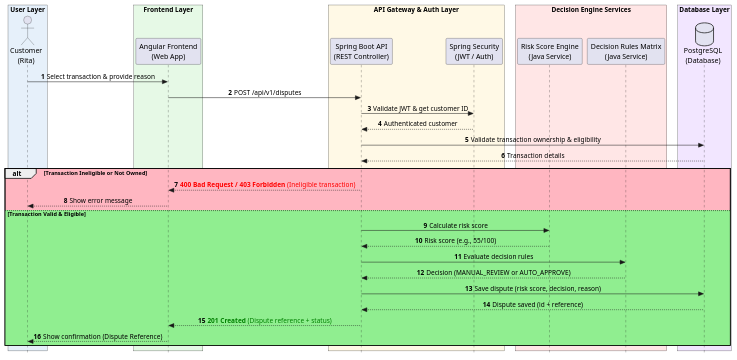
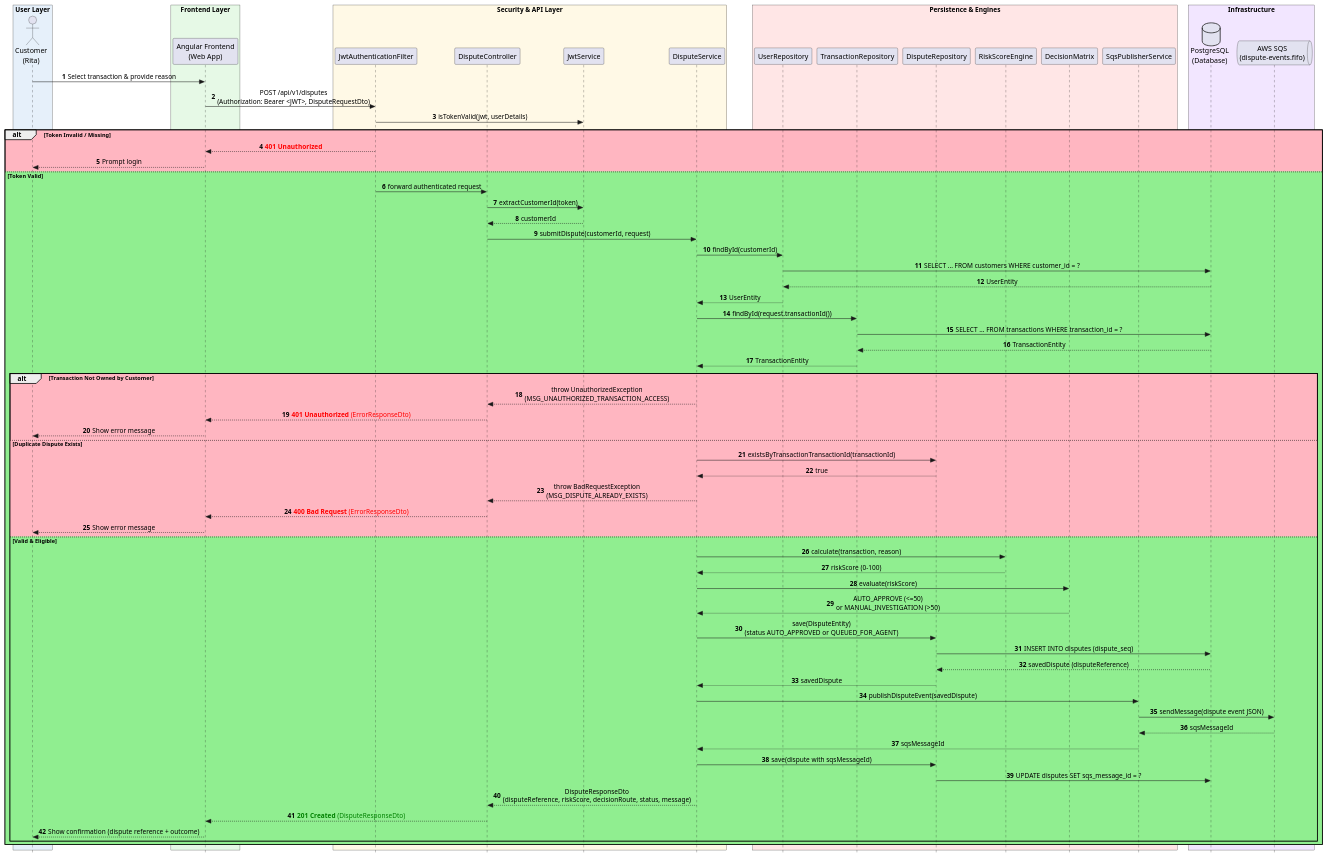
Before and after one commit to MOzil-10/Transaction-Dispute-Service: the diagram in sequenceDiagram/SubmitDispute.puml, drawn with PlantUML. The commit also changed 4 other files, not shown here.

Commit message:
docs: align sequence diagrams with actual code — real participants, endpoints, and methods

```diff
--- a/sequenceDiagram/SubmitDispute.puml
+++ b/sequenceDiagram/SubmitDispute.puml
@@ -1,54 +1,93 @@
 @startuml
 autonumber
 skinparam Style strictuml
 skinparam SequenceMessageAlignment center
 skinparam boxPadding 10
 
 box "User Layer" #E6F0FA
 actor "Customer\n(Rita)" as Customer
 end box
 
 box "Frontend Layer" #E6F9E6
 participant "Angular Frontend\n(Web App)" as Frontend
 end box
 
-box "API Gateway & Auth Layer" #FFF9E6
-participant "Spring Boot API\n(REST Controller)" as Controller
-participant "Spring Security\n(JWT / Auth)" as Security
+box "Security & API Layer" #FFF9E6
+participant "JwtAuthenticationFilter" as Filter
+participant "DisputeController" as Controller
+participant "JwtService" as JWT
+participant "DisputeService" as Service
 end box
 
-box "Decision Engine Services" #FFE6E6
-participant "Risk Score Engine\n(Java Service)" as RiskEngine
-participant "Decision Rules Matrix\n(Java Service)" as DecisionMatrix
+box "Persistence & Engines" #FFE6E6
+participant "UserRepository" as UserRepo
+participant "TransactionRepository" as TxnRepo
+participant "DisputeRepository" as DisputeRepo
+participant "RiskScoreEngine" as RiskEngine
+participant "DecisionMatrix" as DecisionMatrix
+participant "SqsPublisherService" as SqsPublisher
 end box
 
-box "Database Layer" #F2E6FF
+box "Infrastructure" #F2E6FF
 database "PostgreSQL\n(Database)" as DB
+queue "AWS SQS\n(dispute-events.fifo)" as SQS
 end box
 
 Customer -> Frontend: Select transaction & provide reason
-Frontend -> Controller: POST /api/v1/disputes
+Frontend -> Filter: POST /api/v1/disputes\n(Authorization: Bearer <JWT>, DisputeRequestDto)
 
-Controller -> Security: Validate JWT & get customer ID
-Security --> Controller: Authenticated customer
+Filter -> JWT: isTokenValid(jwt, userDetails)
+alt #LightPink Token Invalid / Missing
+    Filter --> Frontend: <font color=red><b>401 Unauthorized</b></font>
+    Frontend --> Customer: Prompt login
+else #LightGreen Token Valid
+    Filter -> Controller: forward authenticated request
+    Controller -> JWT: extractCustomerId(token)
+    JWT --> Controller: customerId
+    Controller -> Service: submitDispute(customerId, request)
 
-Controller -> DB: Validate transaction ownership & eligibility
-DB --> Controller: Transaction details
+    Service -> UserRepo: findById(customerId)
+    UserRepo -> DB: SELECT ... FROM customers WHERE customer_id = ?
+    DB --> UserRepo: UserEntity
+    UserRepo --> Service: UserEntity
 
-alt #LightPink Transaction Ineligible or Not Owned
-    Controller --> Frontend: <font color=red><b>400 Bad Request / 403 Forbidden</b> (Ineligible transaction)</font>
-    Frontend --> Customer: Show error message
-else #LightGreen Transaction Valid & Eligible
-    Controller -> RiskEngine: Calculate risk score
-    RiskEngine --> Controller: Risk score (e.g., 55/100)
+    Service -> TxnRepo: findById(request.transactionId())
+    TxnRepo -> DB: SELECT ... FROM transactions WHERE transaction_id = ?
+    DB --> TxnRepo: TransactionEntity
+    TxnRepo --> Service: TransactionEntity
 
-    Controller -> DecisionMatrix: Evaluate decision rules
-    DecisionMatrix --> Controller: Decision (MANUAL_REVIEW or AUTO_APPROVE)
+    alt #LightPink Transaction Not Owned by Customer
+        Service --> Controller: throw UnauthorizedException\n(MSG_UNAUTHORIZED_TRANSACTION_ACCESS)
+        Controller --> Frontend: <font color=red><b>401 Unauthorized</b> (ErrorResponseDto)</font>
+        Frontend --> Customer: Show error message
+    else #LightPink Duplicate Dispute Exists
+        Service -> DisputeRepo: existsByTransactionTransactionId(transactionId)
+        DisputeRepo --> Service: true
+        Service --> Controller: throw BadRequestException\n(MSG_DISPUTE_ALREADY_EXISTS)
+        Controller --> Frontend: <font color=red><b>400 Bad Request</b> (ErrorResponseDto)</font>
+        Frontend --> Customer: Show error message
+    else #LightGreen Valid & Eligible
+        Service -> RiskEngine: calculate(transaction, reason)
+        RiskEngine --> Service: riskScore (0-100)
 
-    Controller -> DB: Save dispute (risk score, decision, reason)
-    DB --> Controller: Dispute saved (id + reference)
+        Service -> DecisionMatrix: evaluate(riskScore)
+        DecisionMatrix --> Service: AUTO_APPROVE (<=50)\nor MANUAL_INVESTIGATION (>50)
 
-    Controller --> Frontend: <font color=green><b>201 Created</b> (Dispute reference + status)</font>
-    Frontend --> Customer: Show confirmation (Dispute Reference)
+        Service -> DisputeRepo: save(DisputeEntity)\n(status AUTO_APPROVED or QUEUED_FOR_AGENT)
+        DisputeRepo -> DB: INSERT INTO disputes (dispute_seq)
+        DB --> DisputeRepo: savedDispute (disputeReference)
+        DisputeRepo --> Service: savedDispute
+
+        Service -> SqsPublisher: publishDisputeEvent(savedDispute)
+        SqsPublisher -> SQS: sendMessage(dispute event JSON)
+        SQS --> SqsPublisher: sqsMessageId
+        SqsPublisher --> Service: sqsMessageId
+        Service -> DisputeRepo: save(dispute with sqsMessageId)
+        DisputeRepo -> DB: UPDATE disputes SET sqs_message_id = ?
+
+        Service --> Controller: DisputeResponseDto\n(disputeReference, riskScore, decisionRoute, status, message)
+        Controller --> Frontend: <font color=green><b>201 Created</b> (DisputeResponseDto)</font>
+        Frontend --> Customer: Show confirmation (dispute reference + outcome)
+    end
 end
 @enduml
```
